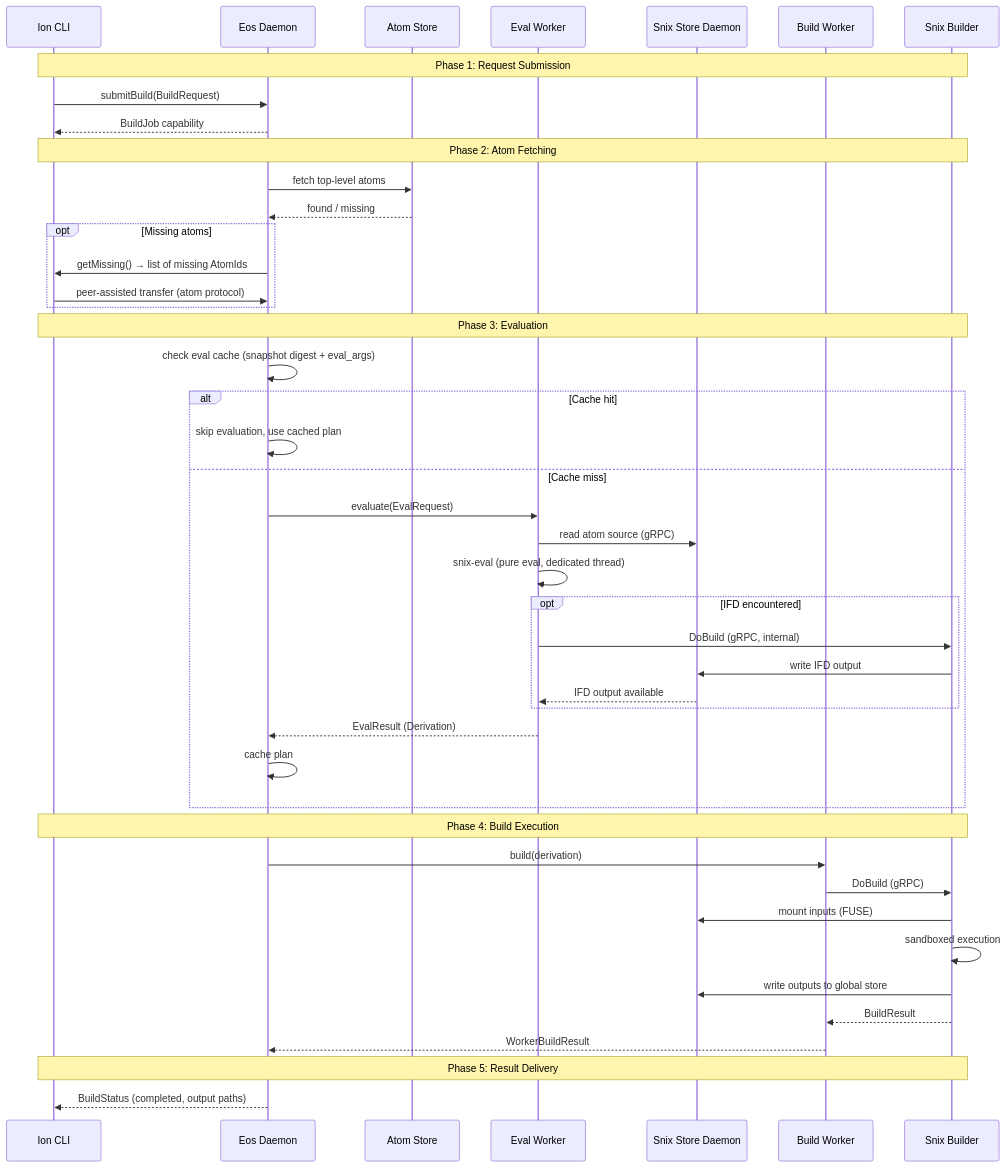
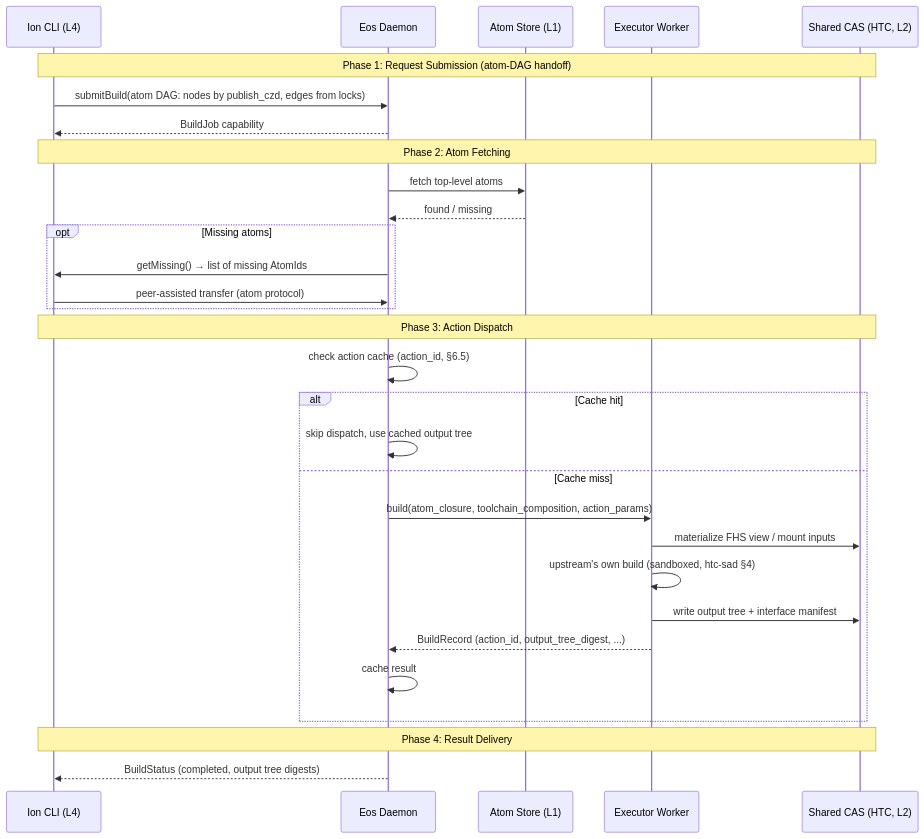
One commit to axiosoph/axios changed the fifth of 9 diagrams in docs/architecture/eos-sad.md. Above: the diagram before and after it, drawn with Mermaid. The commit also changed other lines of this file, not shown here.

First line of the commit message:
docs(eos): rewrite eos-sad.md to the atom-DAG scheduler model

````diff
--- a/docs/architecture/eos-sad.md
+++ b/docs/architecture/eos-sad.md
@@ -382,51 +381,36 @@
 ```mermaid
 sequenceDiagram
-    participant Ion as Ion CLI
+    participant Ion as Ion CLI (L4)
     participant Daemon as Eos Daemon
-    participant AtomStore as Atom Store
-    participant EvalWorker as Eval Worker
-    participant SnixStore as Snix Store Daemon
-    participant BuildWorker as Build Worker
-    participant SnixBuilder as Snix Builder
+    participant AtomStore as Atom Store (L1)
+    participant Worker as Executor Worker
+    participant CAS as Shared CAS (HTC, L2)
 
-    Note over Ion,SnixBuilder: Phase 1: Request Submission
-    Ion->>Daemon: submitBuild(BuildRequest)
+    Note over Ion,CAS: Phase 1: Request Submission (atom-DAG handoff)
+    Ion->>Daemon: submitBuild(atom DAG: nodes by publish_czd, edges from locks)
     Daemon-->>Ion: BuildJob capability
 
-    Note over Ion,SnixBuilder: Phase 2: Atom Fetching
+    Note over Ion,CAS: Phase 2: Atom Fetching
     Daemon->>AtomStore: fetch top-level atoms
     AtomStore-->>Daemon: found / missing
     opt Missing atoms
         Daemon->>Ion: getMissing() → list of missing AtomIds
         Ion->>Daemon: peer-assisted transfer (atom protocol)
     end
 
-    Note over Ion,SnixBuilder: Phase 3: Evaluation
-    Daemon->>Daemon: check eval cache (snapshot digest + eval_args)
+    Note over Ion,CAS: Phase 3: Action Dispatch
+    Daemon->>Daemon: check action cache (action_id, §6.5)
     alt Cache hit
-        Daemon->>Daemon: skip evaluation, use cached plan
+        Daemon->>Daemon: skip dispatch, use cached output tree
     else Cache miss
-        Daemon->>EvalWorker: evaluate(EvalRequest)
-        EvalWorker->>SnixStore: read atom source (gRPC)
-        EvalWorker->>EvalWorker: snix-eval (pure eval, dedicated thread)
-        opt IFD encountered
-            EvalWorker->>SnixBuilder: DoBuild (gRPC, internal)
-            SnixBuilder->>SnixStore: write IFD output
-            SnixStore-->>EvalWorker: IFD output available
-        end
-        EvalWorker-->>Daemon: EvalResult (Derivation)
-        Daemon->>Daemon: cache plan
+        Daemon->>Worker: build(atom_closure, toolchain_composition, action_params)
+        Worker->>CAS: materialize FHS view / mount inputs
+        Worker->>Worker: upstream's own build (sandboxed, htc-sad §4)
+        Worker->>CAS: write output tree + interface manifest
+        Worker-->>Daemon: BuildRecord (action_id, output_tree_digest, ...)
+        Daemon->>Daemon: cache result
     end
 
-    Note over Ion,SnixBuilder: Phase 4: Build Execution
-    Daemon->>BuildWorker: build(derivation)
-    BuildWorker->>SnixBuilder: DoBuild (gRPC)
-    SnixBuilder->>SnixStore: mount inputs (FUSE)
-    SnixBuilder->>SnixBuilder: sandboxed execution
-    SnixBuilder->>SnixStore: write outputs to global store
-    SnixBuilder-->>BuildWorker: BuildResult
-    BuildWorker-->>Daemon: WorkerBuildResult
-
-    Note over Ion,SnixBuilder: Phase 5: Result Delivery
-    Daemon-->>Ion: BuildStatus (completed, output paths)
+    Note over Ion,CAS: Phase 4: Result Delivery
+    Daemon-->>Ion: BuildStatus (completed, output tree digests)
 ```
````
